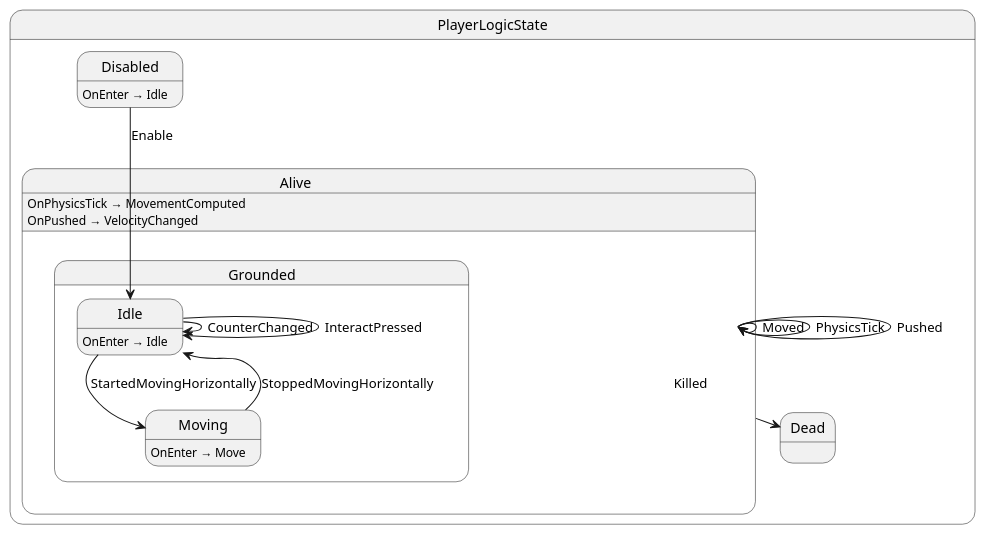
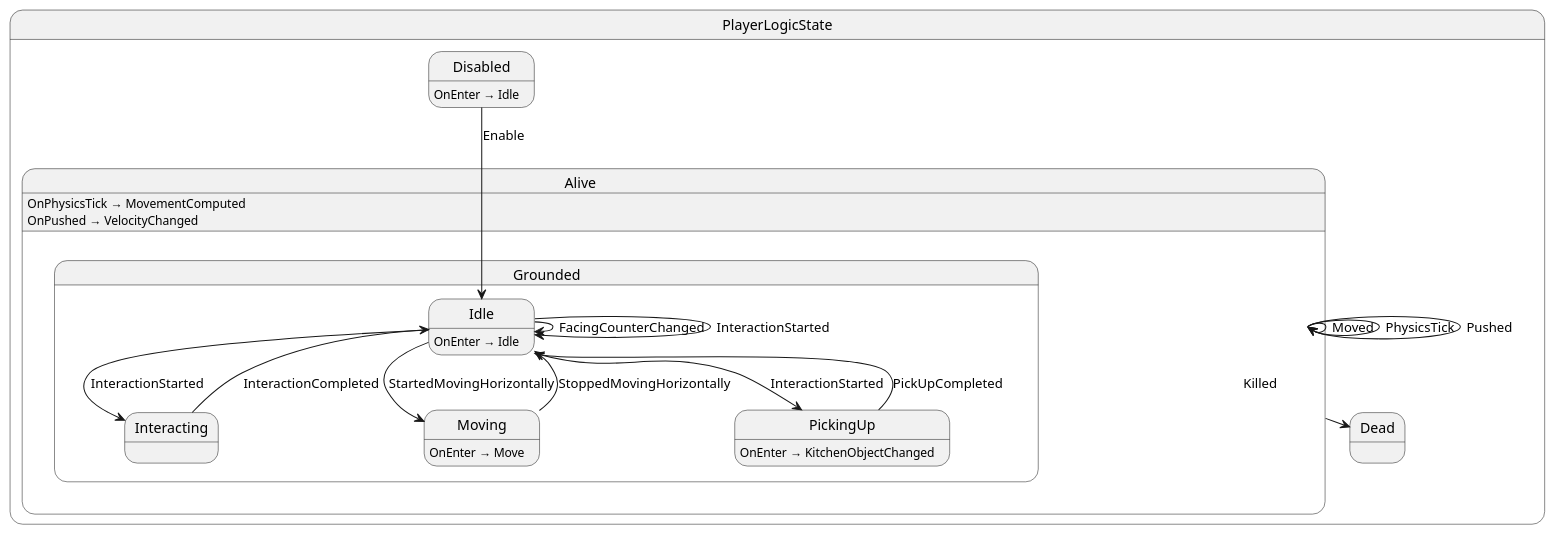
One commit to MaymeJetsoft/KitchenChaos changed the diagram in src/player/state/PlayerLogicState.g.puml. Above: the diagram before and after it, drawn with PlantUML. The commit also changed 24 other files, not shown here.

Commit message:
add bearable behavior for player and counter

```diff
--- a/src/player/state/PlayerLogicState.g.puml
+++ b/src/player/state/PlayerLogicState.g.puml
@@ -1,28 +1,35 @@
 @startuml PlayerLogicState
-state "PlayerLogicState" as ChickenChaos_PlayerLogicState {
-  state "Alive" as ChickenChaos_PlayerLogicState_Alive {
-    state "Grounded" as ChickenChaos_PlayerLogicState_Grounded {
-      state "Idle" as ChickenChaos_PlayerLogicState_Idle
-      state "Moving" as ChickenChaos_PlayerLogicState_Moving
+state "PlayerLogicState" as KitchenChaos_PlayerLogicState {
+  state "Alive" as KitchenChaos_PlayerLogicState_Alive {
+    state "Grounded" as KitchenChaos_PlayerLogicState_Grounded {
+      state "Idle" as KitchenChaos_PlayerLogicState_Idle
+      state "Interacting" as KitchenChaos_PlayerLogicState_Interacting
+      state "Moving" as KitchenChaos_PlayerLogicState_Moving
+      state "PickingUp" as KitchenChaos_PlayerLogicState_PickingUp
     }
   }
-  state "Dead" as ChickenChaos_PlayerLogicState_Dead
-  state "Disabled" as ChickenChaos_PlayerLogicState_Disabled
+  state "Dead" as KitchenChaos_PlayerLogicState_Dead
+  state "Disabled" as KitchenChaos_PlayerLogicState_Disabled
 }
 
-ChickenChaos_PlayerLogicState_Alive --> ChickenChaos_PlayerLogicState_Alive : Moved
-ChickenChaos_PlayerLogicState_Alive --> ChickenChaos_PlayerLogicState_Alive : PhysicsTick
-ChickenChaos_PlayerLogicState_Alive --> ChickenChaos_PlayerLogicState_Alive : Pushed
-ChickenChaos_PlayerLogicState_Alive --> ChickenChaos_PlayerLogicState_Dead : Killed
-ChickenChaos_PlayerLogicState_Disabled --> ChickenChaos_PlayerLogicState_Idle : Enable
-ChickenChaos_PlayerLogicState_Idle --> ChickenChaos_PlayerLogicState_Idle : CounterChanged
-ChickenChaos_PlayerLogicState_Idle --> ChickenChaos_PlayerLogicState_Idle : InteractPressed
-ChickenChaos_PlayerLogicState_Idle --> ChickenChaos_PlayerLogicState_Moving : StartedMovingHorizontally
-ChickenChaos_PlayerLogicState_Moving --> ChickenChaos_PlayerLogicState_Idle : StoppedMovingHorizontally
+KitchenChaos_PlayerLogicState_Alive --> KitchenChaos_PlayerLogicState_Alive : Moved
+KitchenChaos_PlayerLogicState_Alive --> KitchenChaos_PlayerLogicState_Alive : PhysicsTick
+KitchenChaos_PlayerLogicState_Alive --> KitchenChaos_PlayerLogicState_Alive : Pushed
+KitchenChaos_PlayerLogicState_Alive --> KitchenChaos_PlayerLogicState_Dead : Killed
+KitchenChaos_PlayerLogicState_Disabled --> KitchenChaos_PlayerLogicState_Idle : Enable
+KitchenChaos_PlayerLogicState_Idle --> KitchenChaos_PlayerLogicState_Idle : FacingCounterChanged
+KitchenChaos_PlayerLogicState_Idle --> KitchenChaos_PlayerLogicState_Idle : InteractionStarted
+KitchenChaos_PlayerLogicState_Idle --> KitchenChaos_PlayerLogicState_Interacting : InteractionStarted
+KitchenChaos_PlayerLogicState_Idle --> KitchenChaos_PlayerLogicState_Moving : StartedMovingHorizontally
+KitchenChaos_PlayerLogicState_Idle --> KitchenChaos_PlayerLogicState_PickingUp : InteractionStarted
+KitchenChaos_PlayerLogicState_Interacting --> KitchenChaos_PlayerLogicState_Idle : InteractionCompleted
+KitchenChaos_PlayerLogicState_Moving --> KitchenChaos_PlayerLogicState_Idle : StoppedMovingHorizontally
+KitchenChaos_PlayerLogicState_PickingUp --> KitchenChaos_PlayerLogicState_Idle : PickUpCompleted
 
-ChickenChaos_PlayerLogicState_Alive : OnPhysicsTick → MovementComputed
-ChickenChaos_PlayerLogicState_Alive : OnPushed → VelocityChanged
-ChickenChaos_PlayerLogicState_Disabled : OnEnter → Idle
-ChickenChaos_PlayerLogicState_Idle : OnEnter → Idle
-ChickenChaos_PlayerLogicState_Moving : OnEnter → Move
+KitchenChaos_PlayerLogicState_Alive : OnPhysicsTick → MovementComputed
+KitchenChaos_PlayerLogicState_Alive : OnPushed → VelocityChanged
+KitchenChaos_PlayerLogicState_Disabled : OnEnter → Idle
+KitchenChaos_PlayerLogicState_Idle : OnEnter → Idle
+KitchenChaos_PlayerLogicState_Moving : OnEnter → Move
+KitchenChaos_PlayerLogicState_PickingUp : OnEnter → KitchenObjectChanged
 @enduml
```
